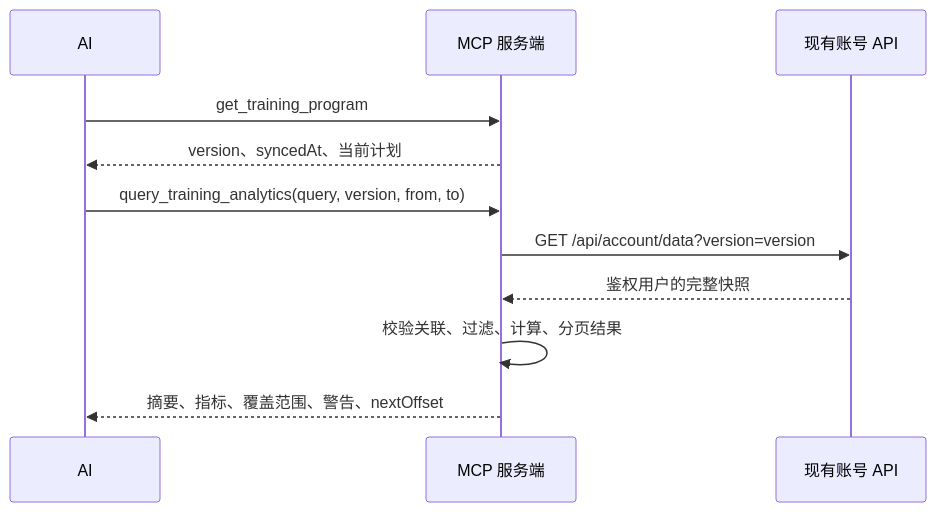
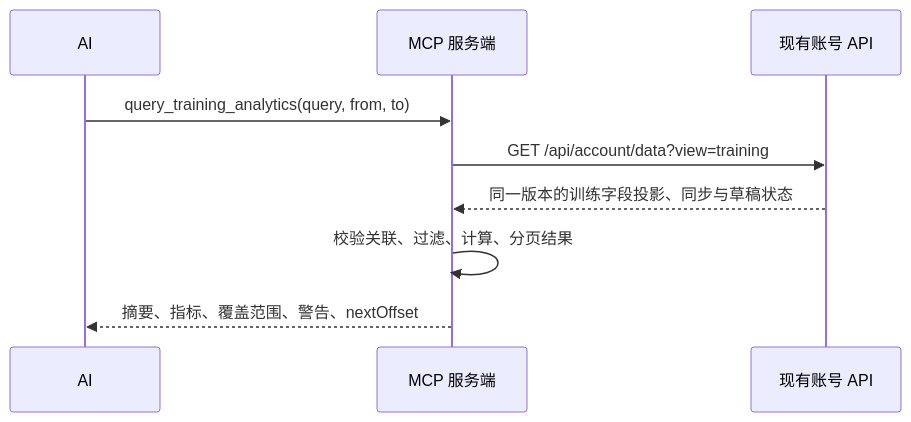
Before and after one commit to jiachaoDing/represt: the diagram in mcp-server/docs/analytics.md, drawn with Mermaid. The commit also changed other lines of this file and 28 other files, not shown here.

````diff
--- a/mcp-server/docs/analytics.md
+++ b/mcp-server/docs/analytics.md
@@ -5,13 +5,11 @@
 ```mermaid
 sequenceDiagram
     participant AI
     participant MCP as MCP 服务端
     participant API as 现有账号 API
-    AI->>MCP: get_training_program
-    MCP-->>AI: version、syncedAt、当前计划
-    AI->>MCP: query_training_analytics(query, version, from, to)
-    MCP->>API: GET /api/account/data?version=version
-    API-->>MCP: 鉴权用户的完整快照
+    AI->>MCP: query_training_analytics(query, from, to)
+    MCP->>API: GET /api/account/data?view=training
+    API-->>MCP: 同一版本的训练字段投影、同步与草稿状态
     MCP->>MCP: 校验关联、过滤、计算、分页结果
     MCP-->>AI: 摘要、指标、覆盖范围、警告、nextOffset
 ```
````
